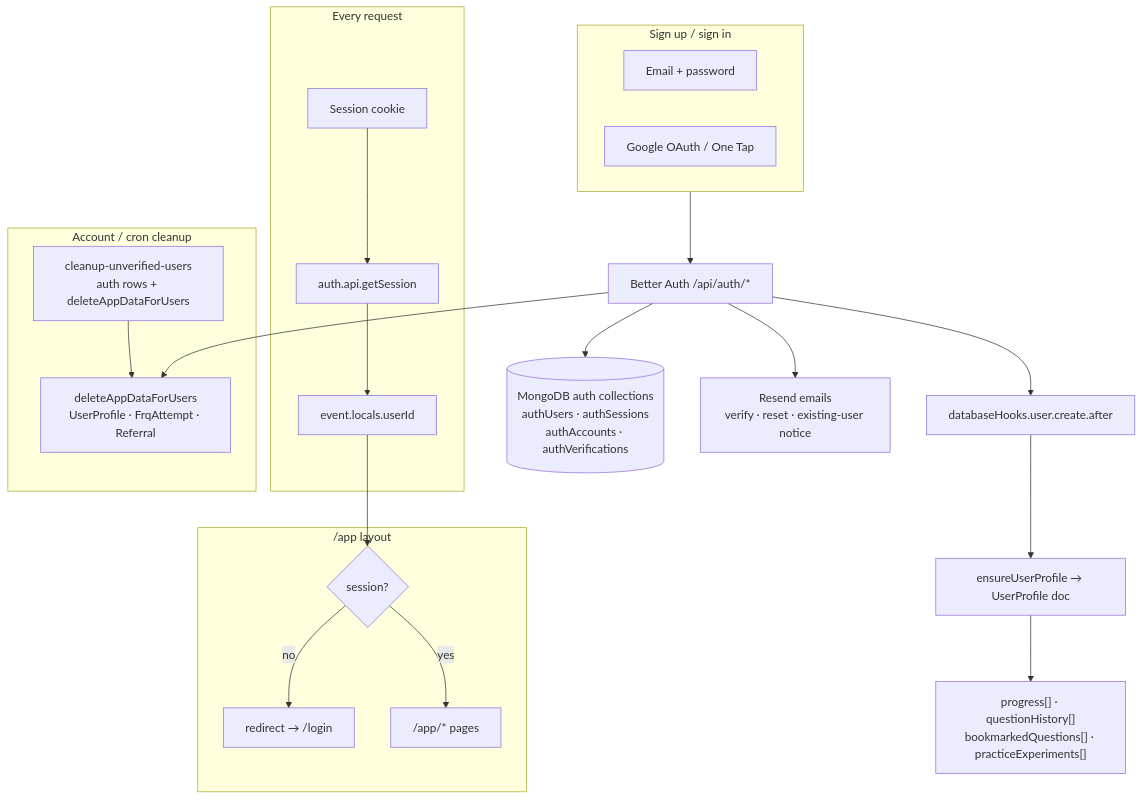
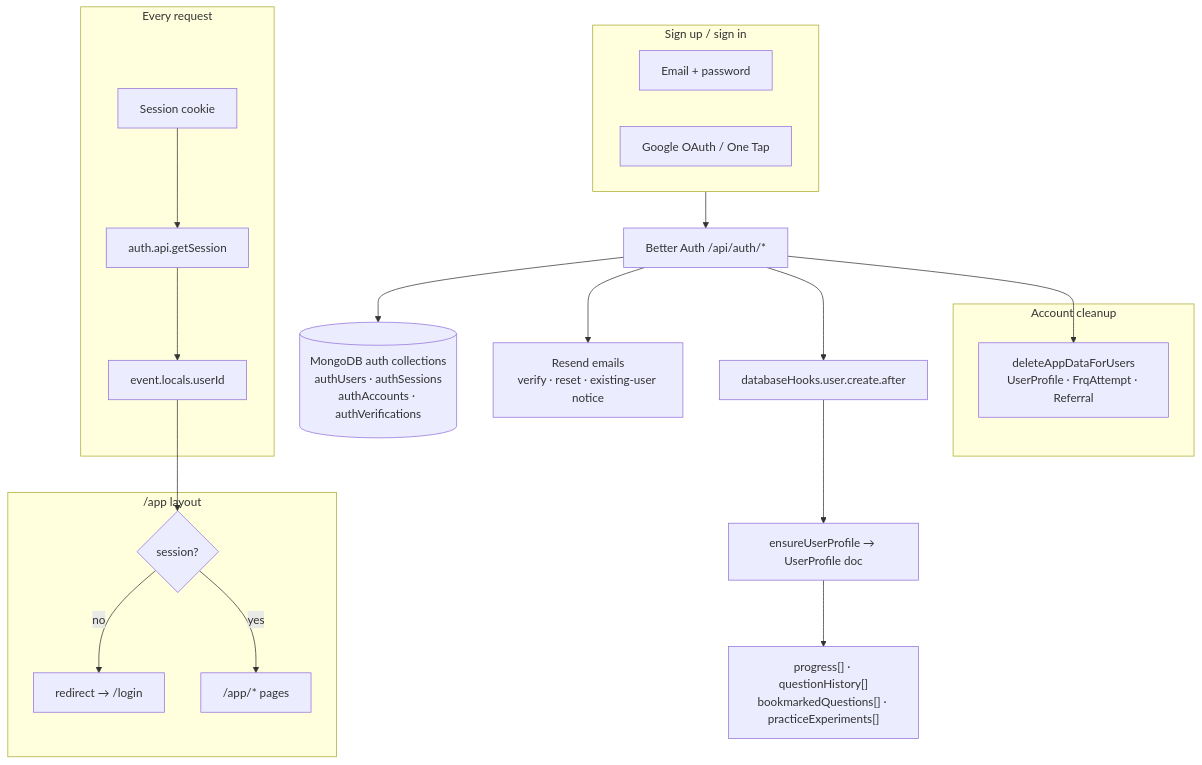
Before and after one commit to 5cisummai/freeappractice: the fifth of 7 diagrams in docs/architecture.md, drawn with Mermaid. The commit also changed other lines of this file and 6 other files, not shown here.

First line of the commit message:
Remove cleanup-unverified-users functionality and related cron job references

````diff
--- a/docs/architecture.md
+++ b/docs/architecture.md
@@ -207,34 +207,32 @@
 ```mermaid
 flowchart TD
     subgraph SignUp["Sign up / sign in"]
         Email["Email + password"]
         Google["Google OAuth / One Tap"]
     end
 
     SignUp --> BA["Better Auth /api/auth/*"]
     BA --> AuthDB[("MongoDB auth collections<br/>authUsers · authSessions<br/>authAccounts · authVerifications")]
     BA --> EmailSend["Resend emails<br/>verify · reset · existing-user notice"]
     BA --> Hook["databaseHooks.user.create.after"]
     Hook --> Profile["ensureUserProfile → UserProfile doc"]
 
     subgraph Session["Every request"]
         Cookie["Session cookie"]
         Cookie --> GetSession["auth.api.getSession"]
         GetSession --> Locals["event.locals.userId"]
     end
 
     subgraph AppGuard["/app layout"]
         Locals --> Check{session?}
         Check -->|no| Redirect["redirect → /login"]
         Check -->|yes| AppPages["/app/* pages"]
     end
 
-    subgraph Delete["Account / cron cleanup"]
+    subgraph Delete["Account cleanup"]
         Del["deleteAppDataForUsers<br/>UserProfile · FrqAttempt · Referral"]
-        Cron["cleanup-unverified-users<br/>auth rows + deleteAppDataForUsers"]
     end
 
     Profile --> UserData["progress[] · questionHistory[]<br/>bookmarkedQuestions[] · practiceExperiments[]"]
     BA --> Del
-    Cron --> Del
 ```
````
